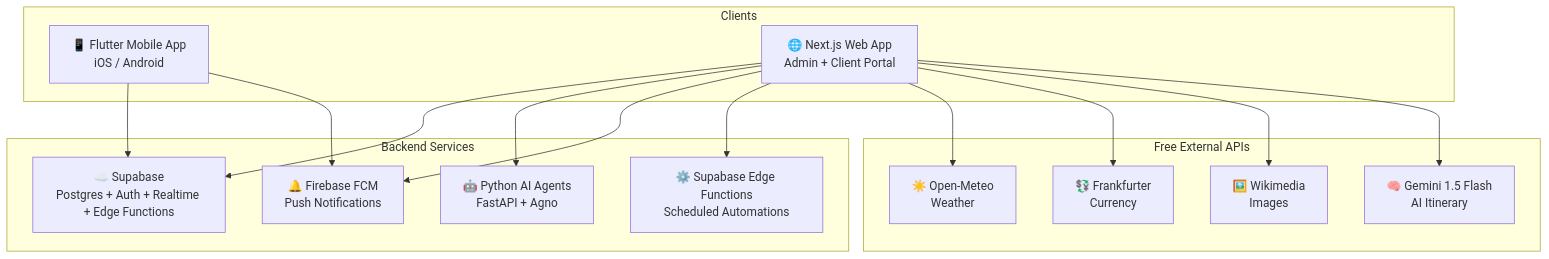
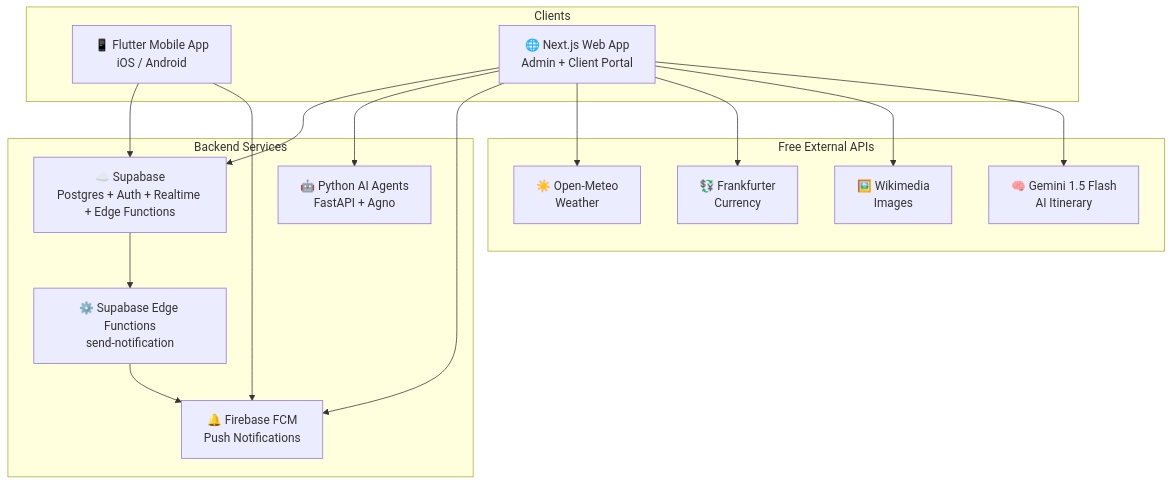
The diagram in projects/travel-suite/docs/deep_dive_analysis.md (appreciatorme-eng/Antigravity), drawn with Mermaid before and after one commit. The commit also changed other lines of this file and 6 other files, not shown here.

````diff
--- a/projects/travel-suite/docs/deep_dive_analysis.md
+++ b/projects/travel-suite/docs/deep_dive_analysis.md
@@ -13,32 +13,33 @@
 ```mermaid
 graph TB
     subgraph Client["Clients"]
         A["📱 Flutter Mobile App<br>iOS / Android"]
         B["🌐 Next.js Web App<br>Admin + Client Portal"]
     end
     
     subgraph Backend["Backend Services"]
         C["🤖 Python AI Agents<br>FastAPI + Agno"]
         D["☁️ Supabase<br>Postgres + Auth + Realtime + Edge Functions"]
         E["🔔 Firebase FCM<br>Push Notifications"]
-        F["⚙️ Supabase Edge Functions<br>Scheduled Automations"]
+        F["⚙️ Supabase Edge Functions<br>send-notification"]
     end
     
     subgraph External["Free External APIs"]
         G["☀️ Open-Meteo<br>Weather"]
         H["💱 Frankfurter<br>Currency"]
         I["🖼️ Wikimedia<br>Images"]
         J["🧠 Gemini 1.5 Flash<br>AI Itinerary"]
     end
     
     A --> D
     B --> D
     B --> C
     B --> E
     A --> E
-    B --> F
+    D --> F
+    F --> E
     B --> G
     B --> H
     B --> I
     B --> J
 ```
````
